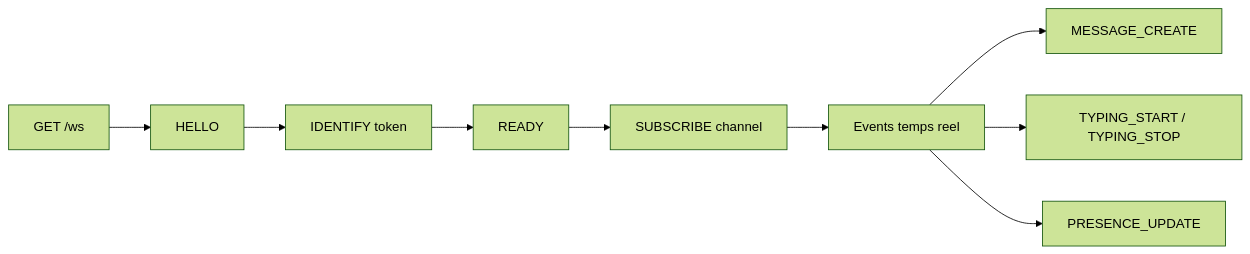
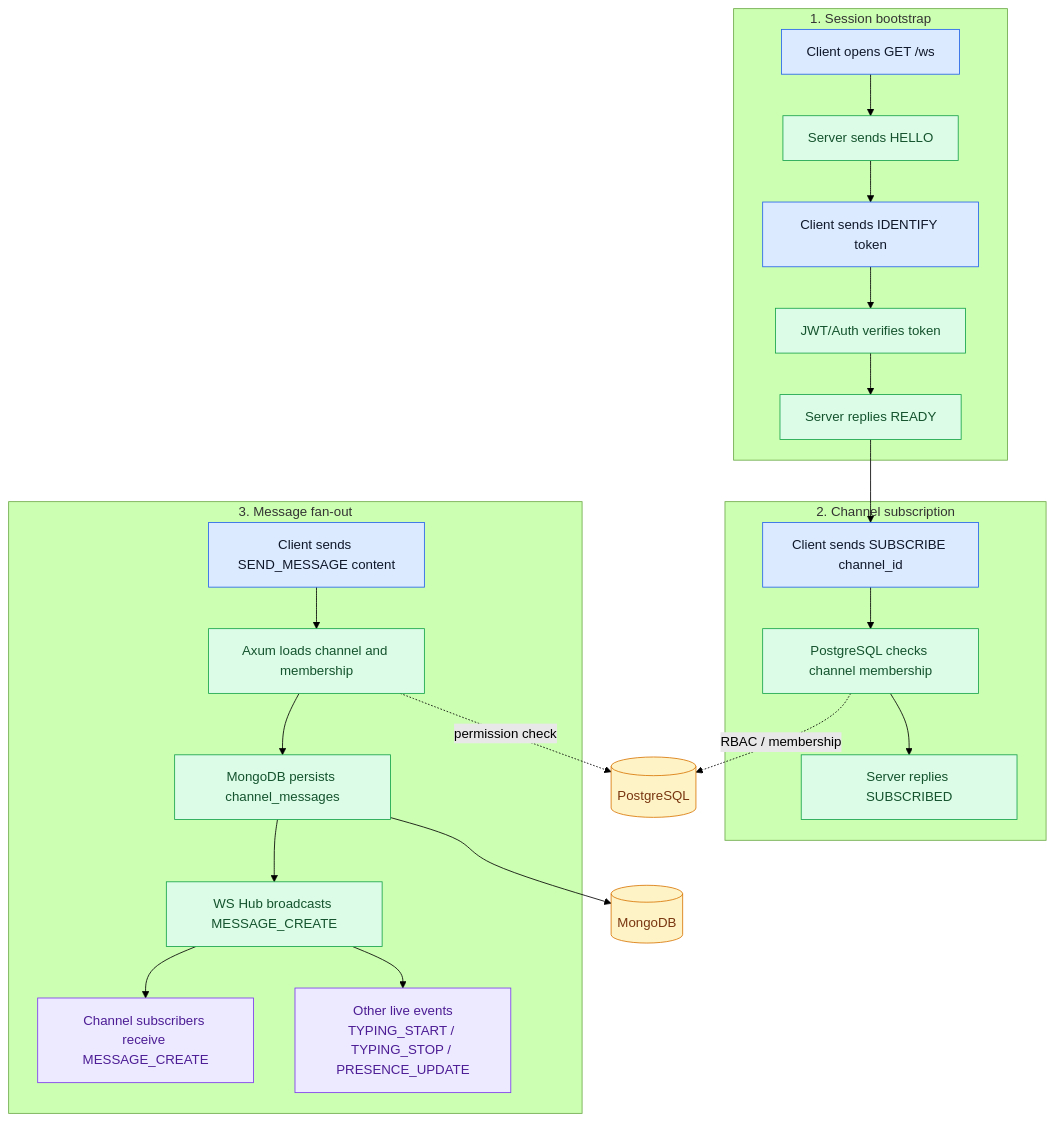
The second of 4 diagrams in README.md (florian-billon/voisins-connect), drawn with Mermaid (forest theme) before and after one commit. The commit also changed 8 other files, not shown here.

````diff
--- a/README.md
+++ b/README.md
@@ -358,11 +358,40 @@
 ```mermaid
-flowchart LR
-    A[GET /ws] --> B[HELLO]
-    B --> C[IDENTIFY token]
-    C --> D[READY]
-    D --> E[SUBSCRIBE channel]
-    E --> F[Events temps reel]
-    F --> G[MESSAGE_CREATE]
-    F --> H[TYPING_START / TYPING_STOP]
-    F --> I[PRESENCE_UPDATE]
+flowchart TD
+    subgraph Phase1["1. Session bootstrap"]
+        A[Client opens GET /ws] --> B[Server sends HELLO]
+        B --> C[Client sends IDENTIFY token]
+        C --> D[JWT/Auth verifies token]
+        D --> E[Server replies READY]
+    end
+
+    subgraph Phase2["2. Channel subscription"]
+        F[Client sends SUBSCRIBE channel_id] --> G[PostgreSQL checks channel membership]
+        G --> H[Server replies SUBSCRIBED]
+    end
+
+    subgraph Phase3["3. Message fan-out"]
+        I[Client sends SEND_MESSAGE content] --> J[Axum loads channel and membership]
+        J --> K[MongoDB persists channel_messages]
+        K --> L[WS Hub broadcasts MESSAGE_CREATE]
+        L --> M[Channel subscribers receive MESSAGE_CREATE]
+        L --> N[Other live events<br/>TYPING_START / TYPING_STOP / PRESENCE_UPDATE]
+    end
+
+    PG[(PostgreSQL)]
+    MG[(MongoDB)]
+
+    E --> F
+    G -. RBAC / membership .-> PG
+    J -. permission check .-> PG
+    K --> MG
+
+    classDef client fill:#dbeafe,stroke:#2563eb,color:#0f172a;
+    classDef server fill:#dcfce7,stroke:#16a34a,color:#14532d;
+    classDef data fill:#fef3c7,stroke:#d97706,color:#78350f;
+    classDef live fill:#ede9fe,stroke:#7c3aed,color:#4c1d95;
+
+    class A,C,F,I client;
+    class B,D,E,G,H,J,K,L server;
+    class PG,MG data;
+    class M,N live;
 ```
````
